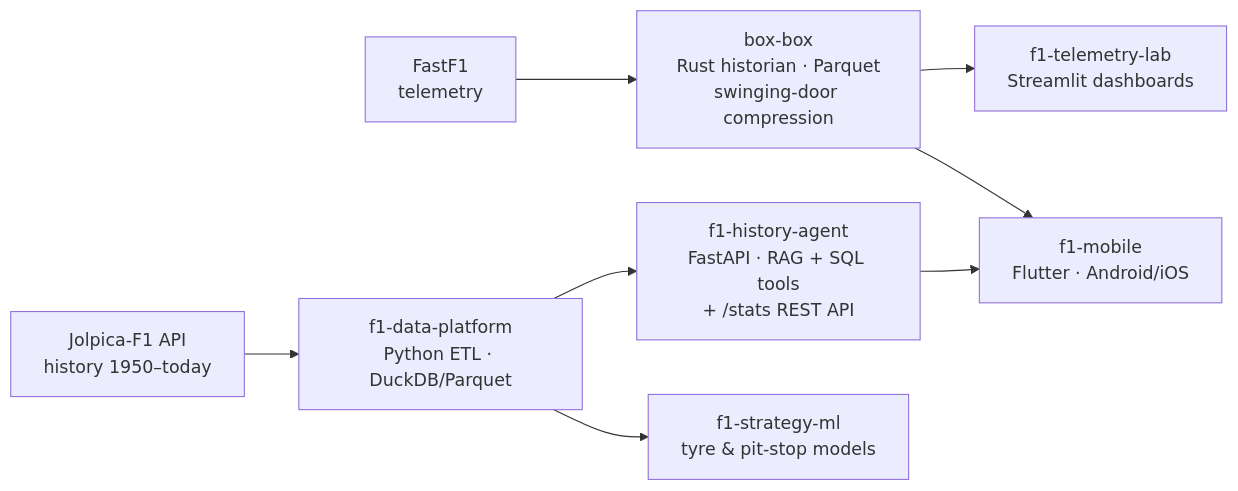
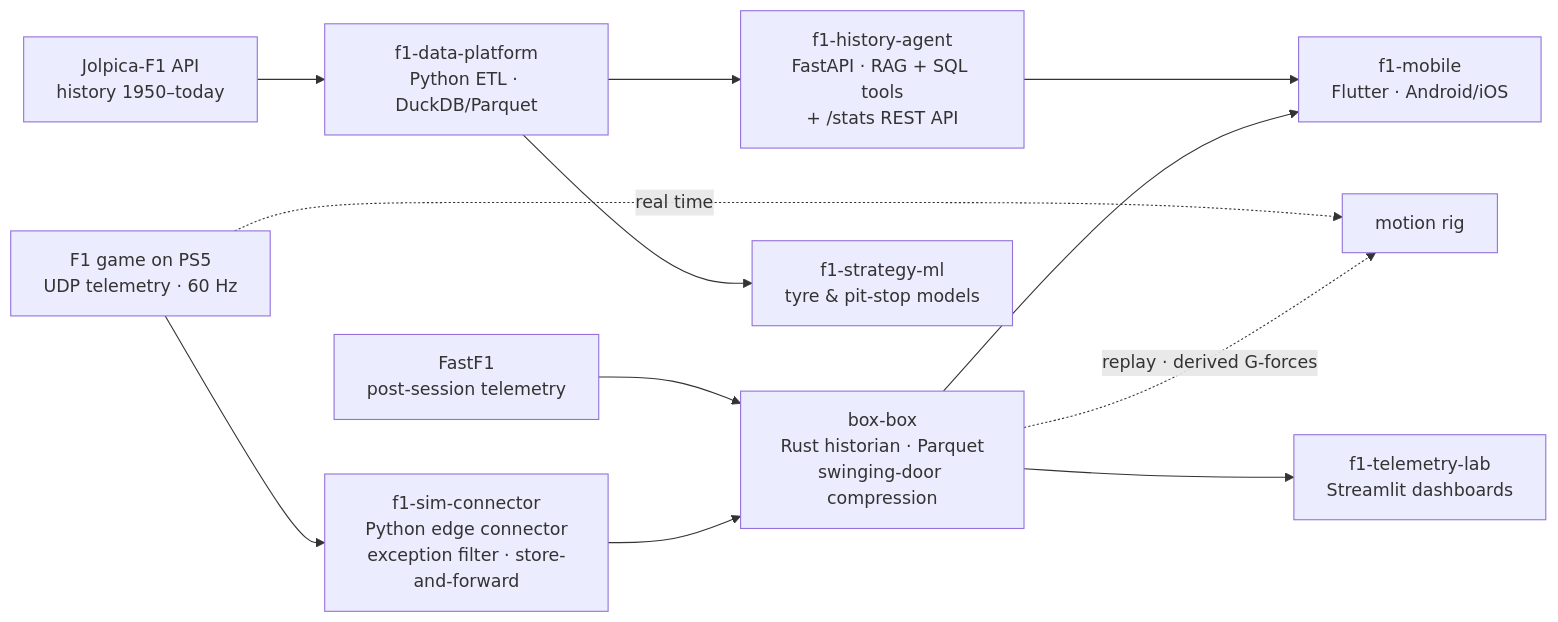
One commit to deepcode-data-intelligence/f1-portfolio changed the diagram in README.md. Above: the diagram before and after it, drawn with Mermaid. The commit also changed other lines of this file and 20 other files, not shown here.

First line of the commit message:
Add f1-sim-connector case and translate FOUNDATIONS to English

````diff
--- a/README.md
+++ b/README.md
@@ -23,10 +23,14 @@
 ```mermaid
 flowchart LR
     J[Jolpica-F1 API<br/>history 1950–today] --> DP[f1-data-platform<br/>Python ETL · DuckDB/Parquet]
-    FF[FastF1<br/>telemetry] --> PIMS[box-box<br/>Rust historian · Parquet<br/>swinging-door compression]
+    FF[FastF1<br/>post-session telemetry] --> PIMS[box-box<br/>Rust historian · Parquet<br/>swinging-door compression]
+    PS5[F1 game on PS5<br/>UDP telemetry · 60 Hz] --> SIM[f1-sim-connector<br/>Python edge connector<br/>exception filter · store-and-forward]
+    SIM --> PIMS
+    PS5 -. real time .-> RIG[motion rig]
+    PIMS -. replay · derived G-forces .-> RIG
     DP --> AG[f1-history-agent<br/>FastAPI · RAG + SQL tools<br/>+ /stats REST API]
     PIMS --> TL[f1-telemetry-lab<br/>Streamlit dashboards]
     DP --> ML[f1-strategy-ml<br/>tyre & pit-stop models]
     AG --> MOB[f1-mobile<br/>Flutter · Android/iOS]
     PIMS --> MOB
 ```
````
